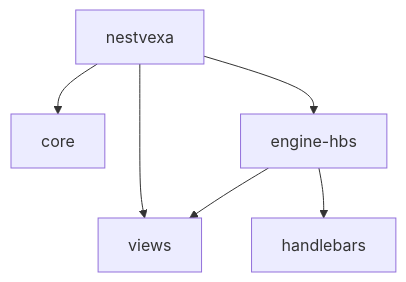
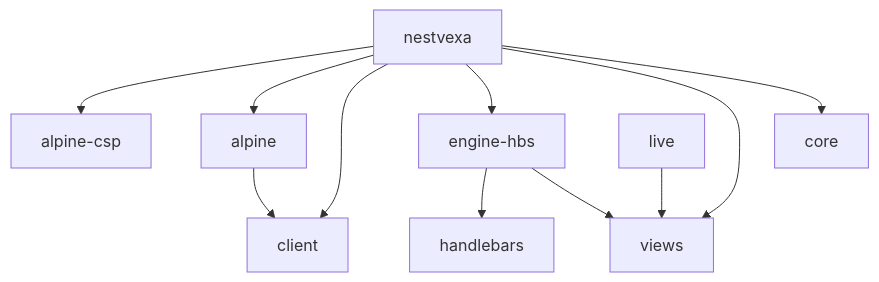
One commit to Nestvexa/nestvexa changed the diagram in docs/architecture/package-dependency-graph.md. Above: the diagram before and after it, drawn with Mermaid. The commit also changed other lines of this file and 30 other files, not shown here.

Commit message:
feat(nestvexa): serve content-addressed client assets

````diff
--- a/docs/architecture/package-dependency-graph.md
+++ b/docs/architecture/package-dependency-graph.md
@@ -3,8 +3,13 @@
 ```mermaid
 flowchart TD
   nestvexa --> core
   nestvexa --> views
   nestvexa --> engine-hbs
+  nestvexa --> client
+  nestvexa --> alpine
+  nestvexa --> alpine-csp
   engine-hbs --> views
   engine-hbs --> handlebars
+  live --> views
+  alpine --> client
 ```
````
